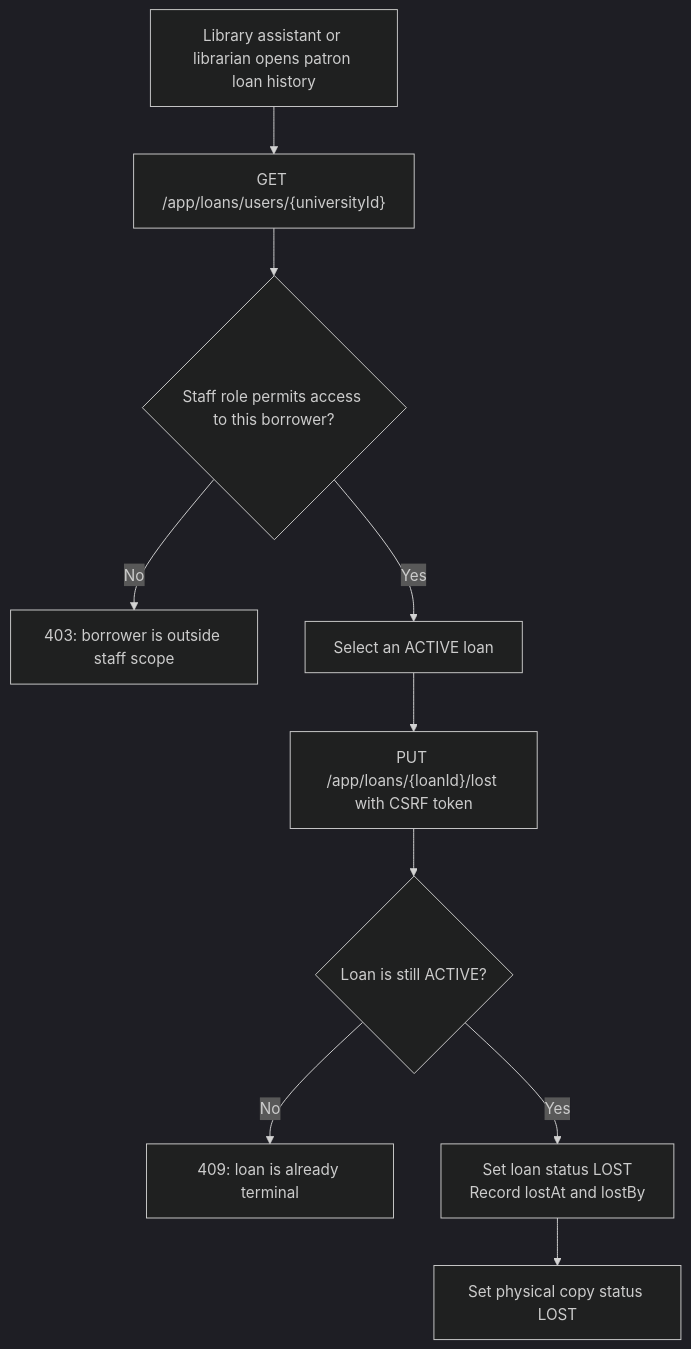
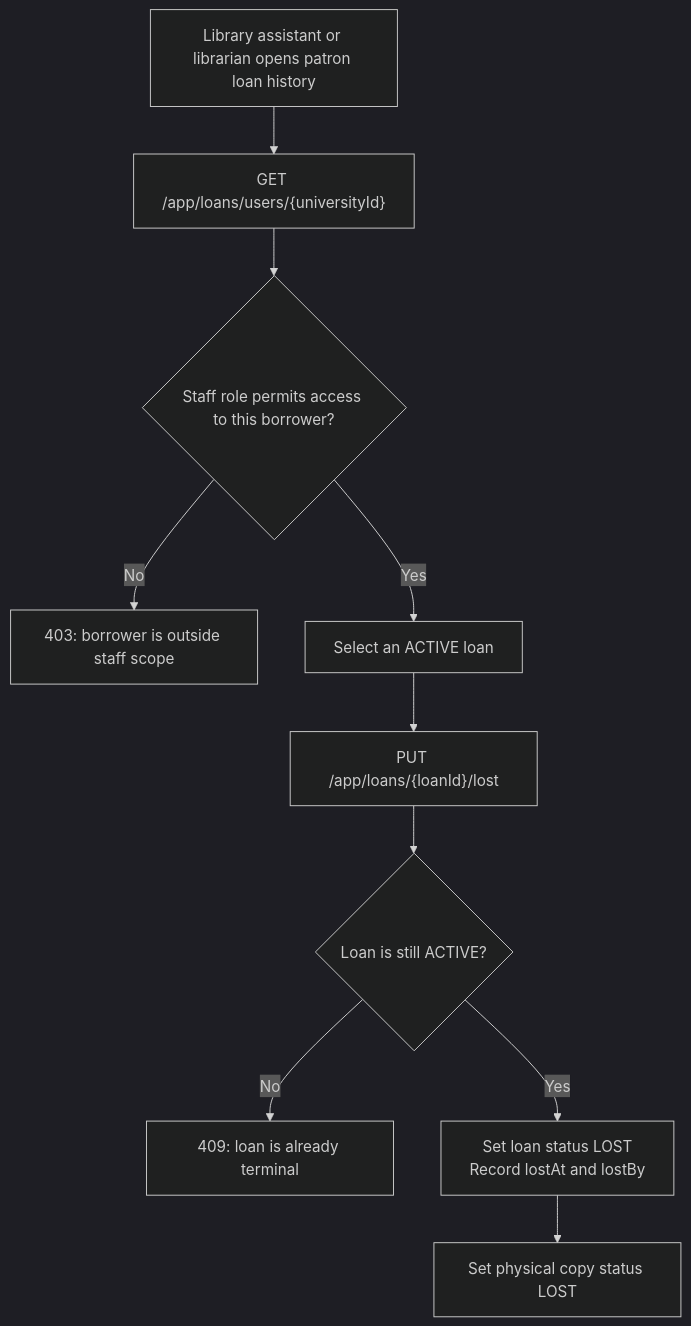
The second of 3 diagrams in docs/loan.md (kyledelfin2006/libro-library-system), drawn with Mermaid (dark theme) before and after one commit. The commit also changed other lines of this file and 33 other files, not shown here.

````diff
--- a/docs/loan.md
+++ b/docs/loan.md
@@ -59,12 +59,12 @@
 ```mermaid
 flowchart TD
     Staff["Library assistant or librarian opens patron loan history"] --> History["GET /app/loans/users/{universityId}"]
     History --> Scope{"Staff role permits access to this borrower?"}
     Scope -->|No| Denied["403: borrower is outside staff scope"]
     Scope -->|Yes| Select["Select an ACTIVE loan"]
-    Select --> Resolve["PUT /app/loans/{loanId}/lost with CSRF token"]
+    Select --> Resolve["PUT /app/loans/{loanId}/lost"]
     Resolve --> Active{"Loan is still ACTIVE?"}
     Active -->|No| Conflict["409: loan is already terminal"]
     Active -->|Yes| Lost["Set loan status LOST<br/>Record lostAt and lostBy"]
     Lost --> Copy["Set physical copy status LOST"]
 ```
````
